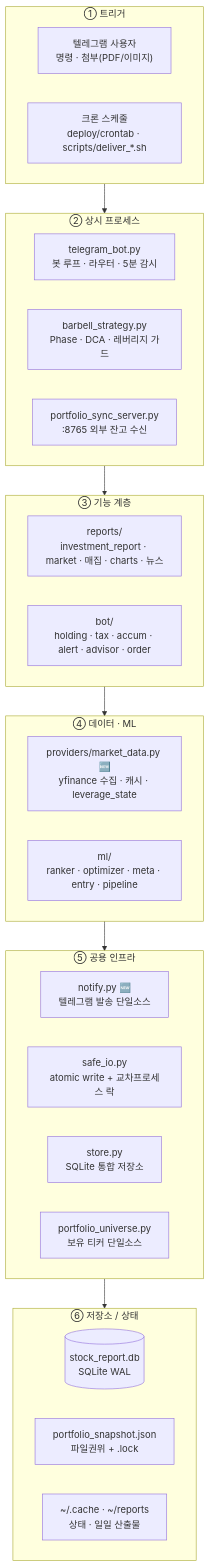
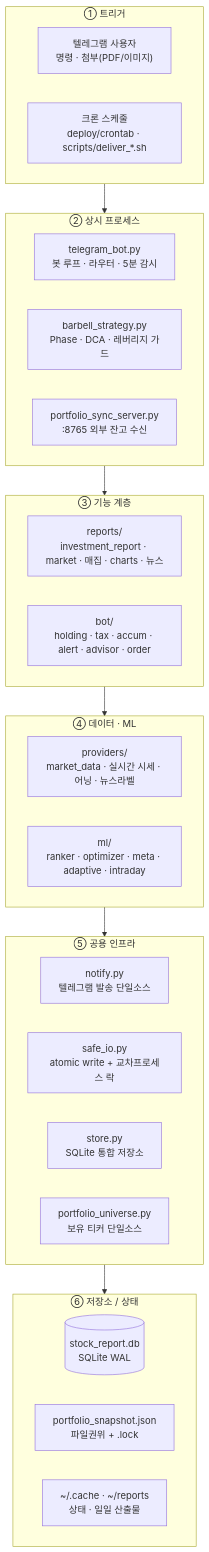
The first of 2 diagrams in README.md (yoobinkim541/stock-report), drawn with Mermaid before and after one commit. The commit also changed other lines of this file and 1 other file, not shown here.

````diff
--- a/README.md
+++ b/README.md
@@ -14,32 +55,32 @@
 ```mermaid
 flowchart TD
     subgraph T["① 트리거"]
       U["텔레그램 사용자<br/>명령 · 첨부(PDF/이미지)"]
       C["크론 스케줄<br/>deploy/crontab · scripts/deliver_*.sh"]
     end
     subgraph P["② 상시 프로세스"]
       BOT["telegram_bot.py<br/>봇 루프 · 라우터 · 5분 감시"]
       BAR["barbell_strategy.py<br/>Phase · DCA · 레버리지 가드"]
       SYNC["portfolio_sync_server.py<br/>:8765 외부 잔고 수신"]
     end
     subgraph F["③ 기능 계층"]
       REP["reports/<br/>investment_report · market · 매집 · charts · 뉴스"]
       BC["bot/<br/>holding · tax · accum · alert · advisor · order"]
     end
     subgraph D["④ 데이터 · ML"]
-      MD["providers/market_data.py 🆕<br/>yfinance 수집 · 캐시 · leverage_state"]
-      ML["ml/<br/>ranker · optimizer · meta · entry · pipeline"]
+      MD["providers/<br/>market_data · 실시간 시세 · 어닝 · 뉴스라벨"]
+      ML["ml/<br/>ranker · optimizer · meta · adaptive · intraday"]
     end
     subgraph I["⑤ 공용 인프라"]
-      NT["notify.py 🆕<br/>텔레그램 발송 단일소스"]
+      NT["notify.py<br/>텔레그램 발송 단일소스"]
       SIO["safe_io.py<br/>atomic write + 교차프로세스 락"]
       ST["store.py<br/>SQLite 통합 저장소"]
       PU["portfolio_universe.py<br/>보유 티커 단일소스"]
     end
     subgraph S["⑥ 저장소 / 상태"]
       DB[("stock_report.db<br/>SQLite WAL")]
       SNAP["portfolio_snapshot.json<br/>파일권위 + .lock"]
       CA["~/.cache · ~/reports<br/>상태 · 일일 산출물"]
     end
     T --> P --> F --> D --> I --> S
 ```
````
